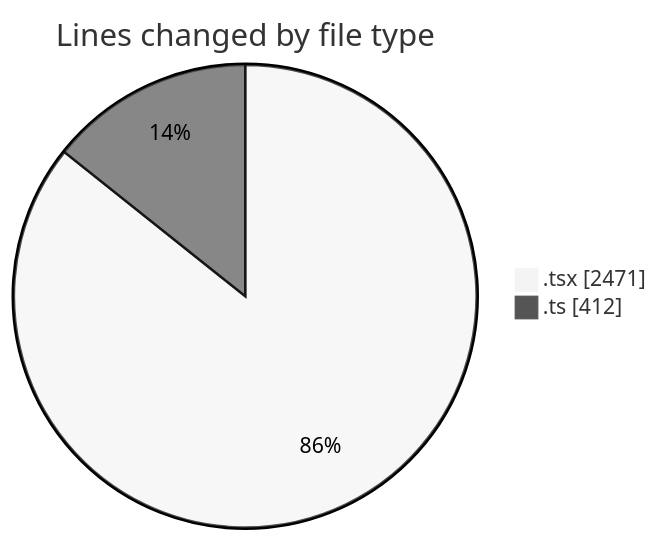
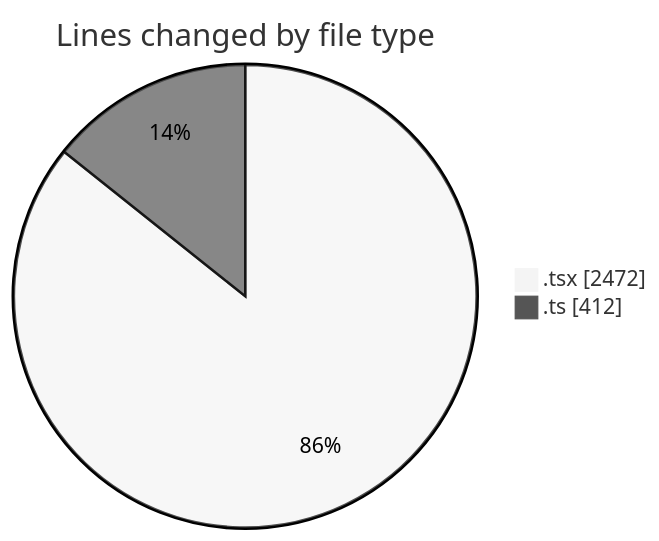
One commit to robertbonfada/code-tracking changed the first of 2 diagrams in 2025-03-17/audiobooks-web/README.md. Above: the diagram before and after it, drawn with Mermaid (neutral theme). The commit also changed other lines of this file and 1 other file, not shown here.

````diff
--- a/2025-03-17/audiobooks-web/README.md
+++ b/2025-03-17/audiobooks-web/README.md
@@ -33,6 +33,6 @@
 ```mermaid
 pie showData
 title Lines changed by file type
-".tsx" : 2471
+".tsx" : 2472
 ".ts" : 412
 ```
````
